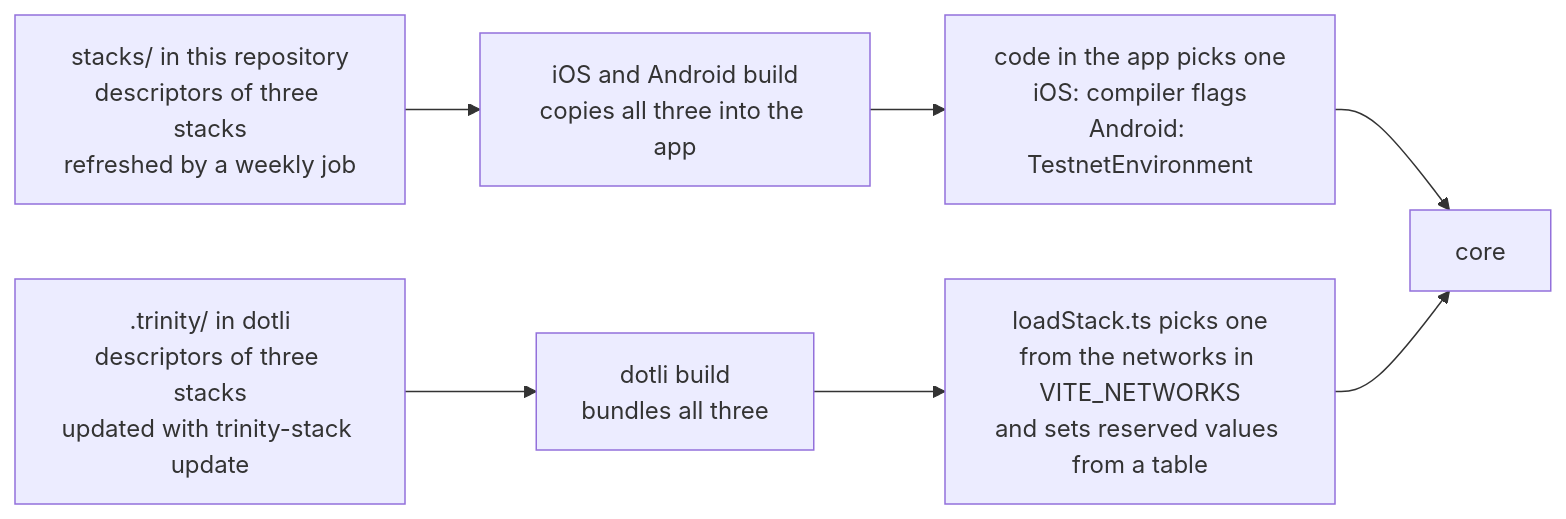
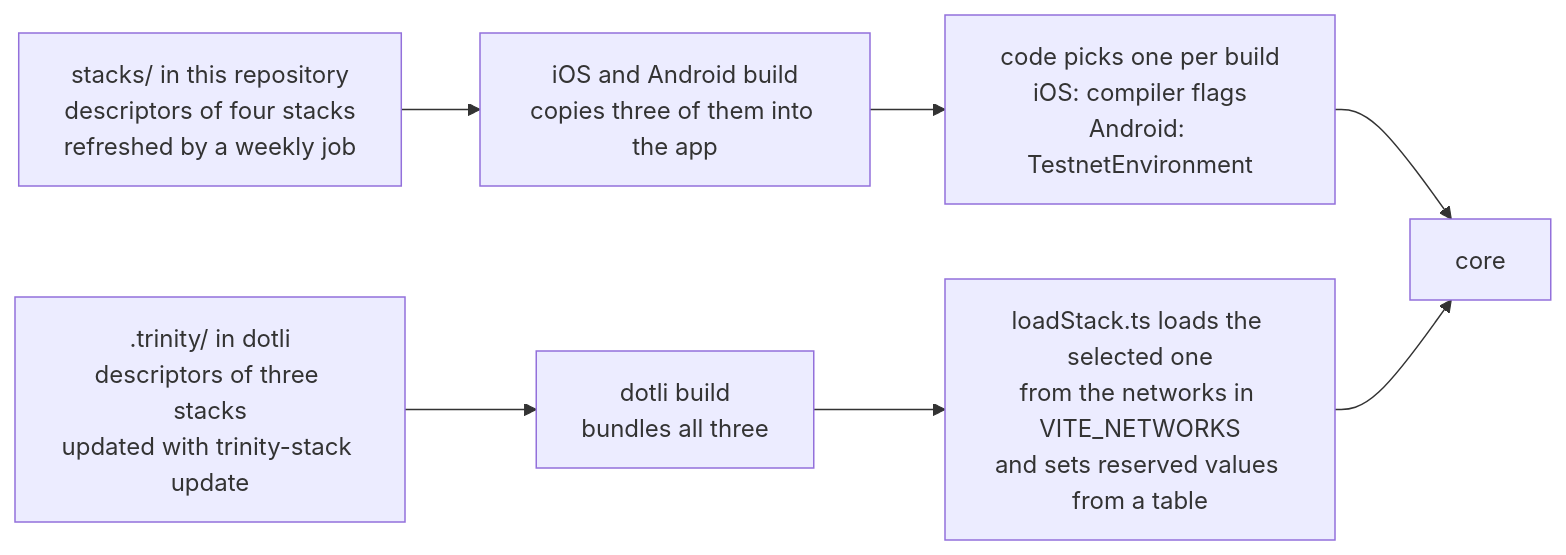
One commit to paritytech/trinity-user-agents changed the first of 2 diagrams in docs/design/trinity-stack-build-config.md. Above: the diagram before and after it, drawn with Mermaid. The commit also changed other lines of this file, not shown here.

````diff
--- a/docs/design/trinity-stack-build-config.md
+++ b/docs/design/trinity-stack-build-config.md
@@ -23,12 +23,12 @@
 ```mermaid
 flowchart LR
-  S1["stacks/ in this repository<br/>descriptors of three stacks<br/>refreshed by a weekly job"]
-  B1["iOS and Android build<br/>copies all three into the app"]
-  C1["code in the app picks one<br/>iOS: compiler flags<br/>Android: TestnetEnvironment"]
+  S1["stacks/ in this repository<br/>descriptors of four stacks<br/>refreshed by a weekly job"]
+  B1["iOS and Android build<br/>copies three of them into the app"]
+  C1["code picks one per build<br/>iOS: compiler flags<br/>Android: TestnetEnvironment"]
   S2[".trinity/ in dotli<br/>descriptors of three stacks<br/>updated with trinity-stack update"]
   B2["dotli build<br/>bundles all three"]
-  C2["loadStack.ts picks one<br/>from the networks in VITE_NETWORKS<br/>and sets reserved values from a table"]
+  C2["loadStack.ts loads the selected one<br/>from the networks in VITE_NETWORKS<br/>and sets reserved values from a table"]
   K["core"]
   S1 --> B1 --> C1 --> K
   S2 --> B2 --> C2 --> K
 ```
````
